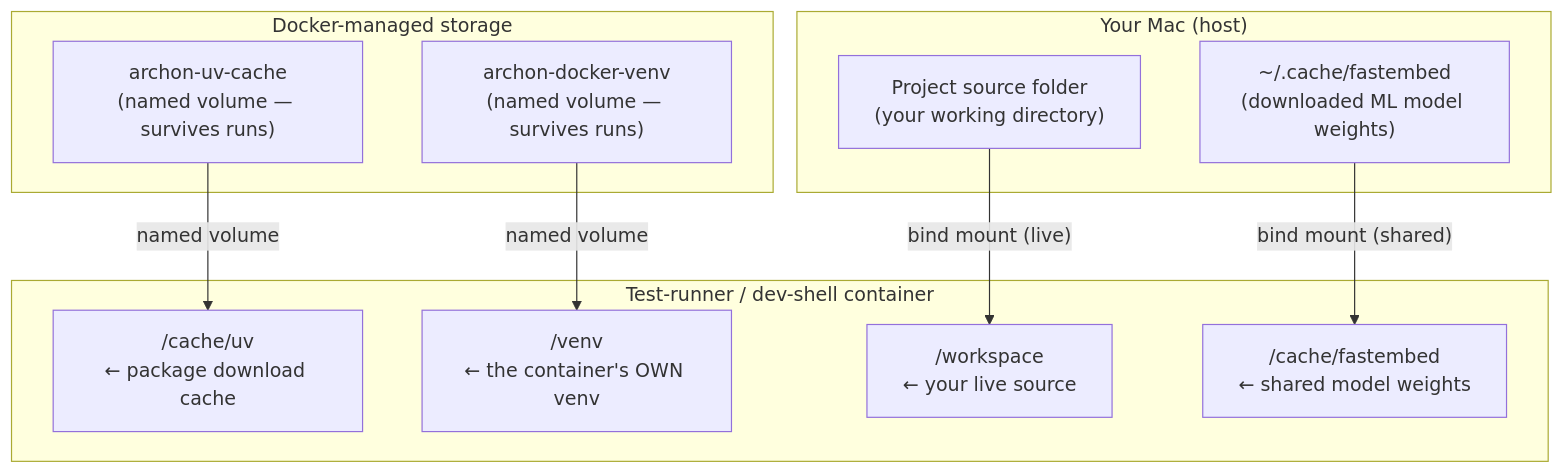
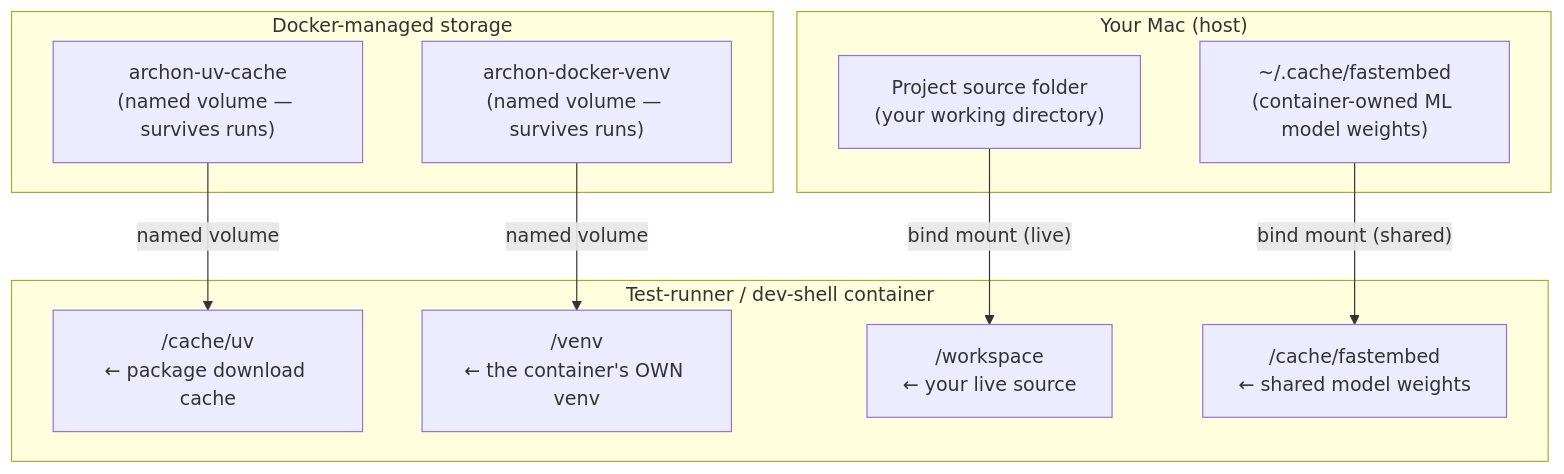
Before and after one commit to user538295/archon-search: the first of 3 diagrams in Documentation/docker-test-runner.md, drawn with Mermaid. The commit also changed other lines of this file and 41 other files, not shown here.

First line of the commit message:
fix(models): honour FASTEMBED_CACHE_PATH for fastembed weights

````diff
--- a/Documentation/docker-test-runner.md
+++ b/Documentation/docker-test-runner.md
@@ -153,21 +153,21 @@
 ```mermaid
 flowchart TB
     subgraph mac["Your Mac (host)"]
         SRC["Project source folder<br/>(your working directory)"]
-        FE["~/.cache/fastembed<br/>(downloaded ML model weights)"]
+        FE["~/.cache/fastembed<br/>(container-owned ML model weights)"]
     end
     subgraph docker["Docker-managed storage"]
         UVCACHE["archon-uv-cache<br/>(named volume — survives runs)"]
         VENVVOL["archon-docker-venv<br/>(named volume — survives runs)"]
     end
     subgraph container["Test-runner / dev-shell container"]
         WS["/workspace<br/>← your live source"]
         VENV["/venv<br/>← the container's OWN venv"]
         UVC["/cache/uv<br/>← package download cache"]
         FEC["/cache/fastembed<br/>← shared model weights"]
     end
     SRC -->|"bind mount (live)"| WS
     FE -->|"bind mount (shared)"| FEC
     UVCACHE -->|"named volume"| UVC
     VENVVOL -->|"named volume"| VENV
 ```
````
